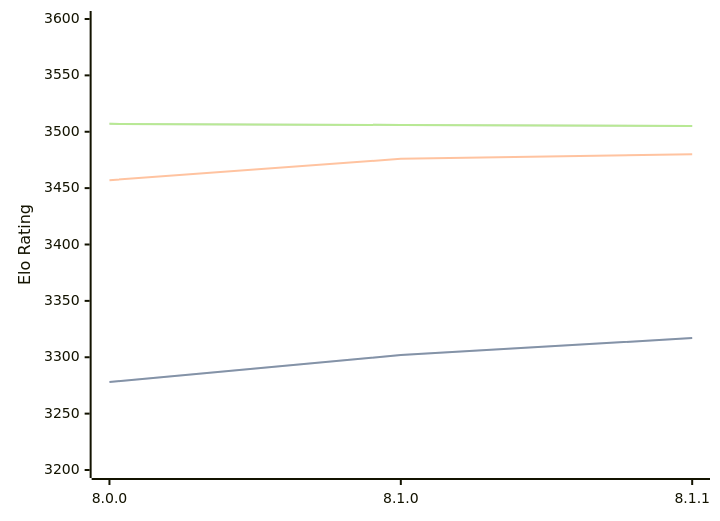
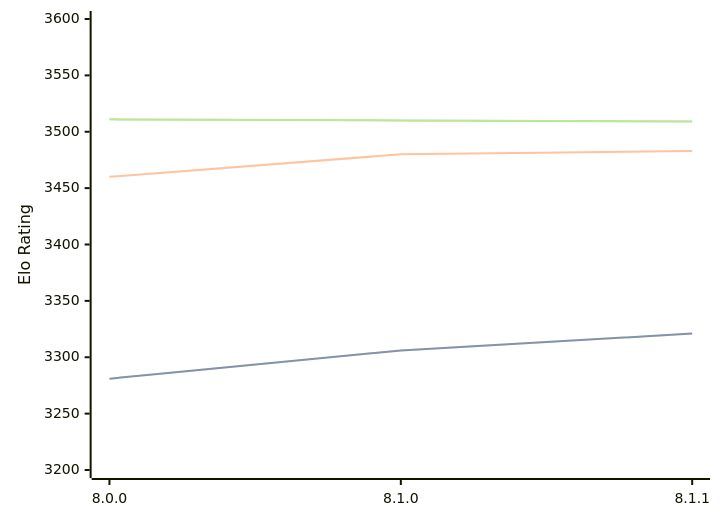
The diagram in engines/Velvet.md (computer-chess-index/cci), drawn with Mermaid before and after one commit. The commit also changed other lines of this file, not shown here.

Commit message:
Update CCI Ratings (ELO VLTC) - 2026-04-30

````diff
--- a/engines/Velvet.md
+++ b/engines/Velvet.md
@@ -57,11 +57,11 @@
 ```mermaid
 %%{init: {"theme":"base","themeVariables":{"seriesColors:['#a3a3a3','#222221','#faa371']}}}%%
 xychart-beta
   x-axis ["8.0.0", "8.1.0", "8.1.1"]
   y-axis "Elo Rating" 3200 --> 3600
-  line "STC (8.0+0.08s)" [3278, 3302, 3317]
-  line "STC (8.0+0.08s)" [3278, 3302, 3317]
-  line "LTC (60.0+0.60s)" [3457, 3476, 3480]
-  line "VLTC (2m24s+1.12s)" [3507, 3506, 3505]
-  line "VLTC (2m24s+1.12s)" [3507, 3506, 3505]
+  line "STC (8.0+0.08s)" [3281, 3306, 3321]
+  line "STC (8.0+0.08s)" [3281, 3306, 3321]
+  line "LTC (60.0+0.60s)" [3460, 3480, 3483]
+  line "VLTC (2m24s+1.12s)" [3511, 3510, 3509]
+  line "VLTC (2m24s+1.12s)" [3511, 3510, 3509]
 ```
````
